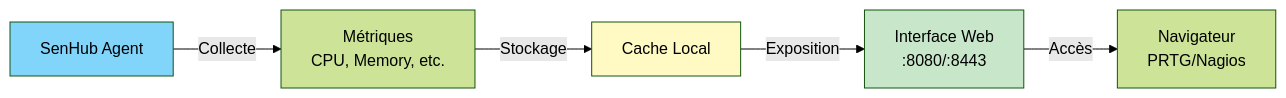
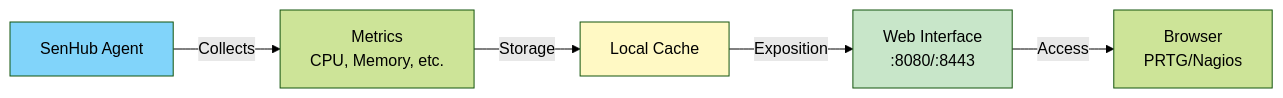
Before and after one commit to senhub-io/senhub-agent: the diagram in docs/user-guide/INSTALLATION.md, drawn with Mermaid (forest theme). The commit also changed other lines of this file and 1 other file, not shown here.

````diff
--- a/docs/user-guide/INSTALLATION.md
+++ b/docs/user-guide/INSTALLATION.md
@@ -31,11 +31,11 @@
 ```mermaid
 graph LR
-    A[SenHub Agent] -->|Collecte| B[Métriques<br/>CPU, Memory, etc.]
-    B -->|Stockage| C[Cache Local]
-    C -->|Exposition| D[Interface Web<br/>:8080/:8443]
-    D -->|Accès| E[Navigateur<br/>PRTG/Nagios]
+    A[SenHub Agent] -->|Collects| B[Metrics<br/>CPU, Memory, etc.]
+    B -->|Storage| C[Local Cache]
+    C -->|Exposition| D[Web Interface<br/>:8080/:8443]
+    D -->|Access| E[Browser<br/>PRTG/Nagios]
 
     style A fill:#81d4fa
     style C fill:#fff9c4
     style D fill:#c8e6c9
 ```
````
